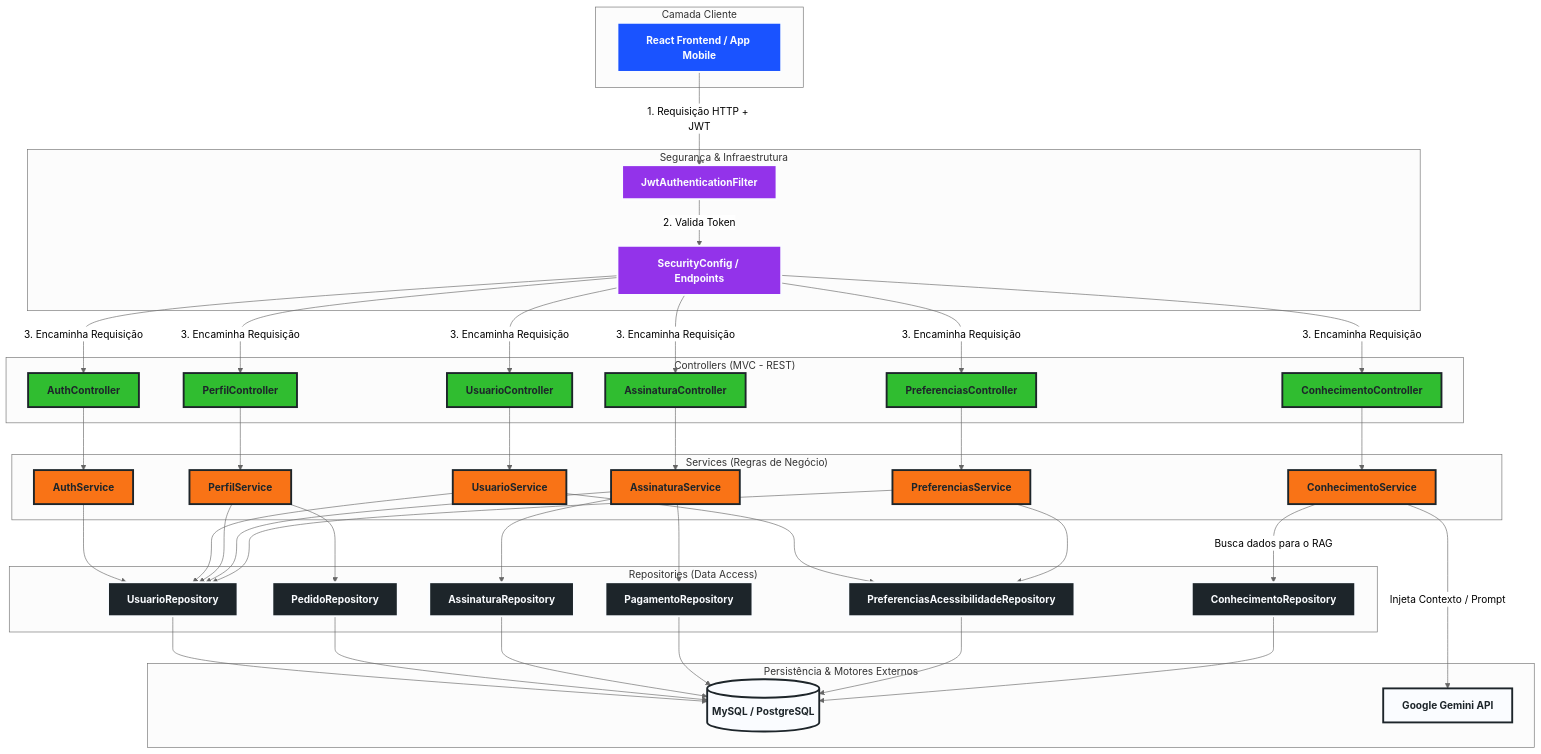
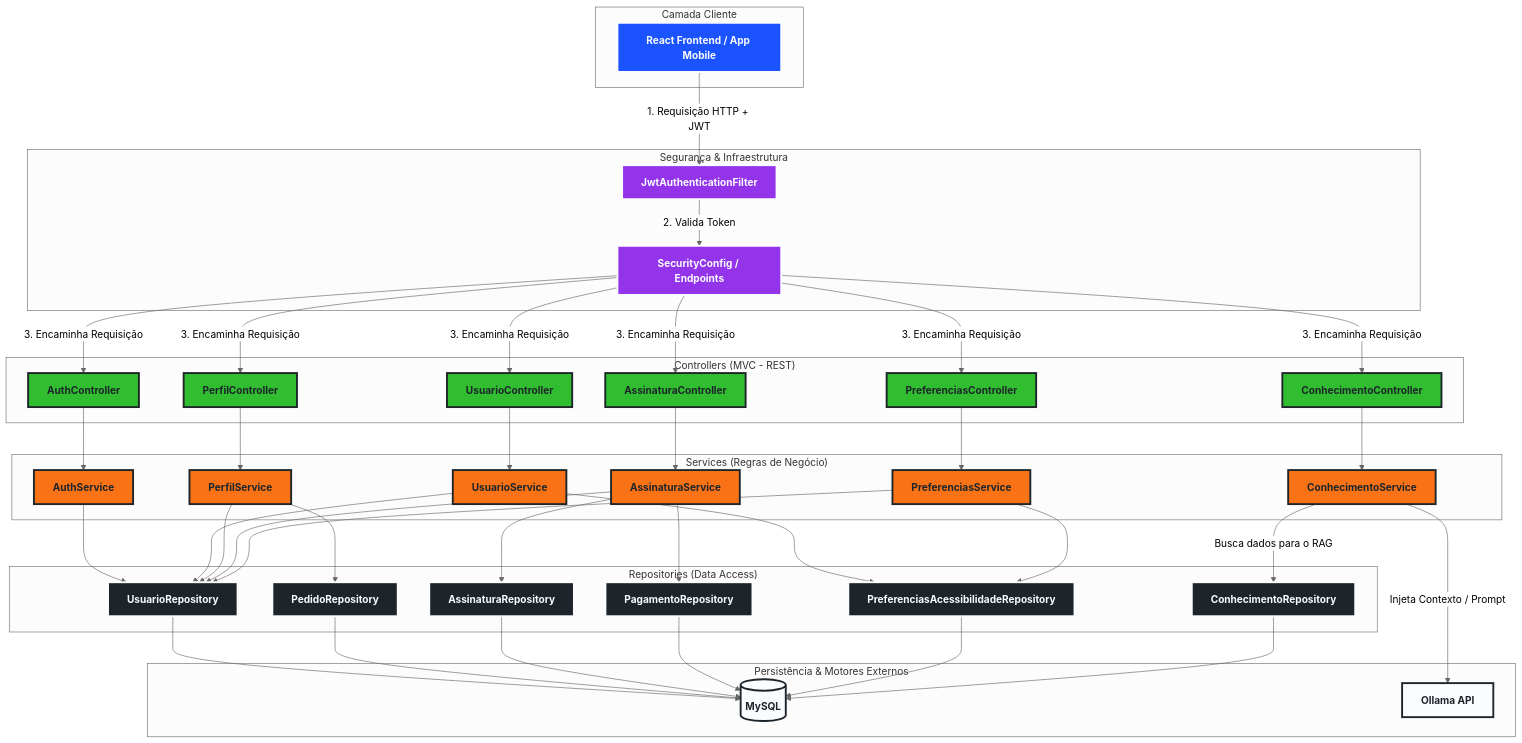
One commit to SOPRO-equipe1/back-sopro changed the diagram in README.md. Above: the diagram before and after it, drawn with Mermaid (neutral theme).

Commit message:
Update external persistence engines in README

```diff
--- a/README.md
+++ b/README.md
@@ -84,8 +84,8 @@
 
     %% Persistência & Motores externos
     subgraph Camada_Externos ["Persistência & Motores Externos"]
-        V[(MySQL / PostgreSQL)]:::branco
-        W[Google Gemini API]:::branco
+        V[(MySQL)]:::branco
+        W[Ollama API]:::branco
     end
 
     %% Fluxo de conexões e requisições
```
